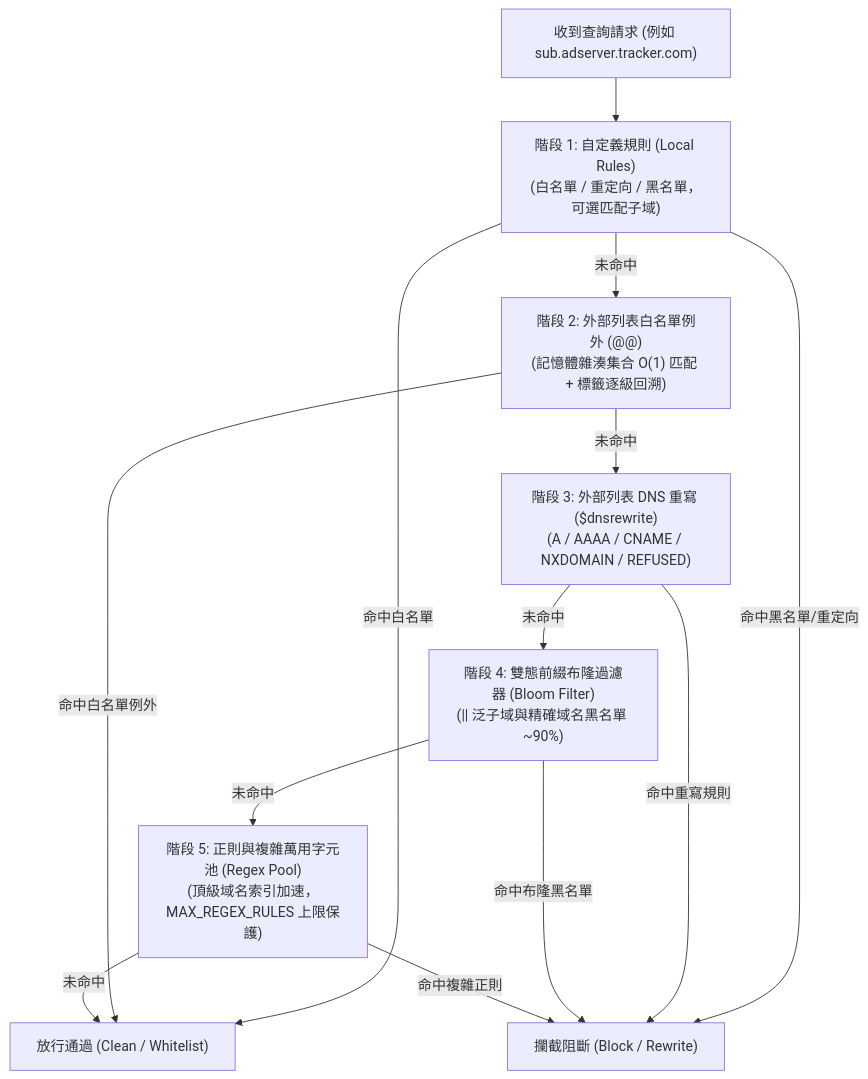
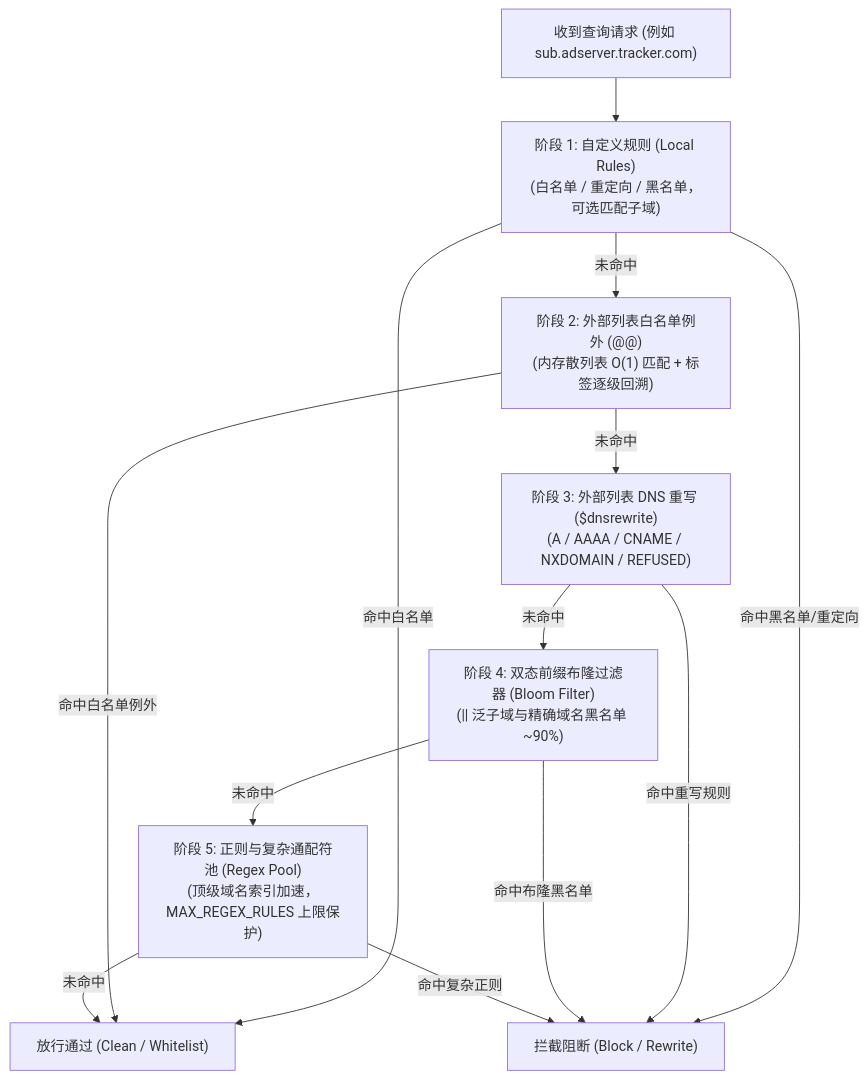
Before and after one commit to Obein/DNS-Worker: the diagram in docs/src/content/docs/zh-tw/filtering/rules.mdx, drawn with Mermaid. The commit also changed other lines of this file and 6 other files, not shown here.

Commit message:
docs(architecture): add level badges, rationale, good practices and anti-patterns to design standards

````diff
--- a/docs/src/content/docs/zh-tw/filtering/rules.mdx
+++ b/docs/src/content/docs/zh-tw/filtering/rules.mdx
@@ -104,28 +104,28 @@
 ```mermaid
 flowchart TD
-    REQ["收到查詢請求 (例如 sub.adserver.tracker.com)"]
-    L1["階段 1: 自定義規則 (Local Rules)<br/>(白名單 / 重定向 / 黑名單，可選匹配子域)"]
-    L2["階段 2: 外部列表白名單例外 (@@)<br/>(記憶體雜湊集合 O(1) 匹配 + 標籤逐級回溯)"]
-    L3["階段 3: 外部列表 DNS 重寫 ($dnsrewrite)<br/>(A / AAAA / CNAME / NXDOMAIN / REFUSED)"]
-    L4["階段 4: 雙態前綴布隆過濾器 (Bloom Filter)<br/>(|| 泛子域與精確域名黑名單 ~90%)"]
-    L5["階段 5: 正則與複雜萬用字元池 (Regex Pool)<br/>(頂級域名索引加速，MAX_REGEX_RULES 上限保護)"]
-    PASS["放行通過 (Clean / Whitelist)"]
-    BLOCK["攔截阻斷 (Block / Rewrite)"]
+    REQ["收到查询请求 (例如 sub.adserver.tracker.com)"]
+    L1["阶段 1: 自定义规则 (Local Rules)<br/>(白名单 / 重定向 / 黑名单，可选匹配子域)"]
+    L2["阶段 2: 外部列表白名单例外 (@@)<br/>(内存散列表 O(1) 匹配 + 标签逐级回溯)"]
+    L3["阶段 3: 外部列表 DNS 重写 ($dnsrewrite)<br/>(A / AAAA / CNAME / NXDOMAIN / REFUSED)"]
+    L4["阶段 4: 双态前缀布隆过滤器 (Bloom Filter)<br/>(|| 泛子域与精确域名黑名单 ~90%)"]
+    L5["阶段 5: 正则与复杂通配符池 (Regex Pool)<br/>(顶级域名索引加速，MAX_REGEX_RULES 上限保护)"]
+    PASS["放行通过 (Clean / Whitelist)"]
+    BLOCK["拦截阻断 (Block / Rewrite)"]
 
     REQ --> L1
-    L1 -->|命中白名單| PASS
-    L1 -->|命中黑名單/重定向| BLOCK
+    L1 -->|命中白名单| PASS
+    L1 -->|命中黑名单/重定向| BLOCK
     L1 -->|未命中| L2
 
-    L2 -->|命中白名單例外| PASS
+    L2 -->|命中白名单例外| PASS
     L2 -->|未命中| L3
 
-    L3 -->|命中重寫規則| BLOCK
+    L3 -->|命中重写规则| BLOCK
     L3 -->|未命中| L4
 
-    L4 -->|命中布隆黑名單| BLOCK
+    L4 -->|命中布隆黑名单| BLOCK
     L4 -->|未命中| L5
 
-    L5 -->|命中複雜正則| BLOCK
+    L5 -->|命中复杂正则| BLOCK
     L5 -->|未命中| PASS
 ```
````
